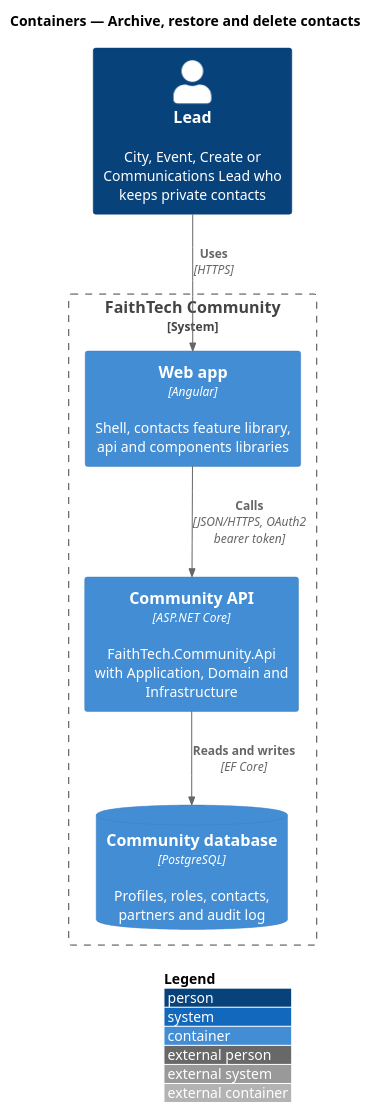
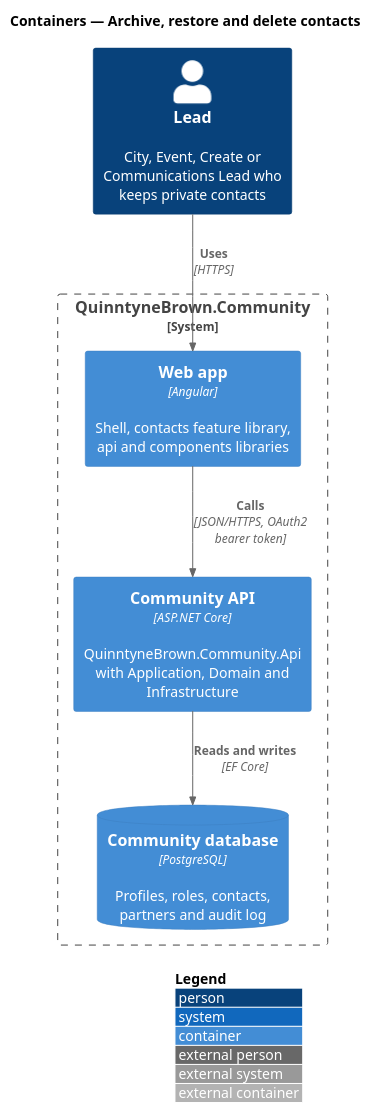
Before and after one commit to QuinntyneBrown/quinntyne-brown: the diagram in docs/detailed-designs/contacts/archive-restore-delete-contacts/diagrams/c4-container.puml, drawn with PlantUML. The commit also changed 1957 other files, not shown here.

First line of the commit message:
Rebrand to QuinntyneBrown.Community

```diff
--- a/docs/detailed-designs/contacts/archive-restore-delete-contacts/diagrams/c4-container.puml
+++ b/docs/detailed-designs/contacts/archive-restore-delete-contacts/diagrams/c4-container.puml
@@ -1,14 +1,14 @@
 @startuml
 !include <C4/C4_Container>
 LAYOUT_WITH_LEGEND()
 title Containers — Archive, restore and delete contacts
 Person(lead, "Lead", "City, Event, Create or Communications Lead who keeps private contacts")
-System_Boundary(community, "FaithTech Community") {
+System_Boundary(community, "QuinntyneBrown.Community") {
   Container(web, "Web app", "Angular", "Shell, contacts feature library, api and components libraries")
-  Container(api, "Community API", "ASP.NET Core", "FaithTech.Community.Api with Application, Domain and Infrastructure")
+  Container(api, "Community API", "ASP.NET Core", "QuinntyneBrown.Community.Api with Application, Domain and Infrastructure")
   ContainerDb(db, "Community database", "PostgreSQL", "Profiles, roles, contacts, partners and audit log")
 }
 Rel(lead, web, "Uses", "HTTPS")
 Rel(web, api, "Calls", "JSON/HTTPS, OAuth2 bearer token")
 Rel(api, db, "Reads and writes", "EF Core")
 @enduml
```
